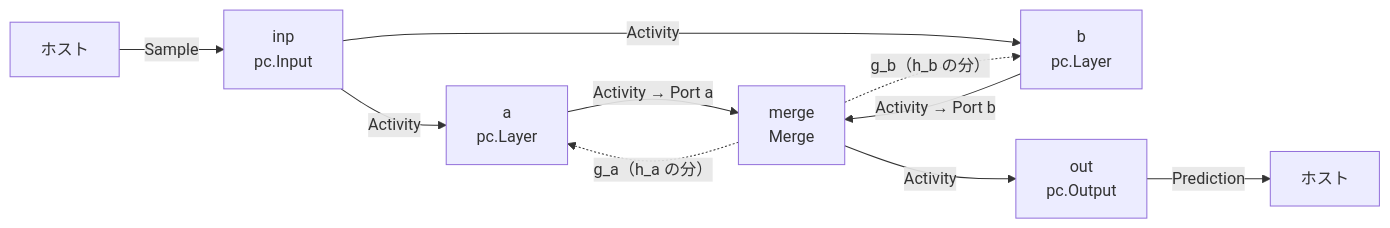
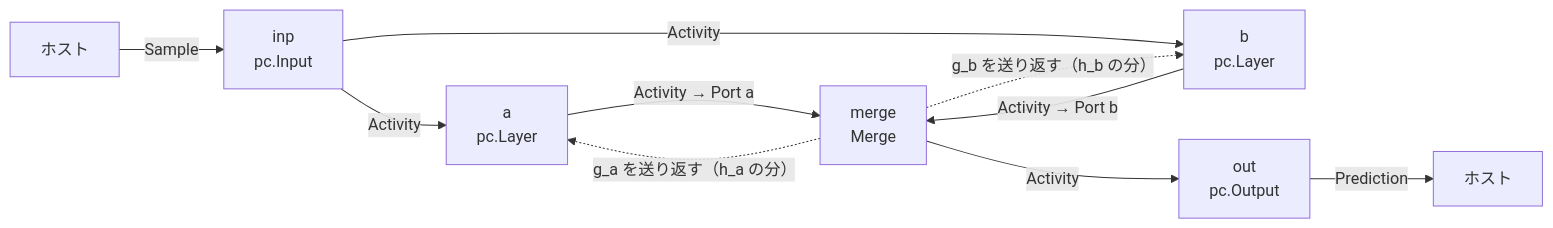
Before and after one commit to Geson-anko/mujou: the fourth of 4 diagrams in docs/ja/topics/pc.md, drawn with Mermaid. The commit also changed other lines of this file and 49 other files, not shown here.

````diff
--- a/docs/ja/topics/pc.md
+++ b/docs/ja/topics/pc.md
@@ -653,12 +217,12 @@
 ```mermaid
 flowchart LR
     H1["ホスト"] -->|"Sample"| I["inp<br/>pc.Input"]
     I -->|"Activity"| A["a<br/>pc.Layer"]
     I -->|"Activity"| B["b<br/>pc.Layer"]
     A -->|"Activity → Port a"| M["merge<br/>Merge"]
     B -->|"Activity → Port b"| M
     M -->|"Activity"| O["out<br/>pc.Output"]
     O -->|"Prediction"| H2["ホスト"]
-    M -.->|"g_a（h_a の分）"| A
-    M -.->|"g_b（h_b の分）"| B
+    M -.->|"g_a を送り返す（h_a の分）"| A
+    M -.->|"g_b を送り返す（h_b の分）"| B
 ```
````
